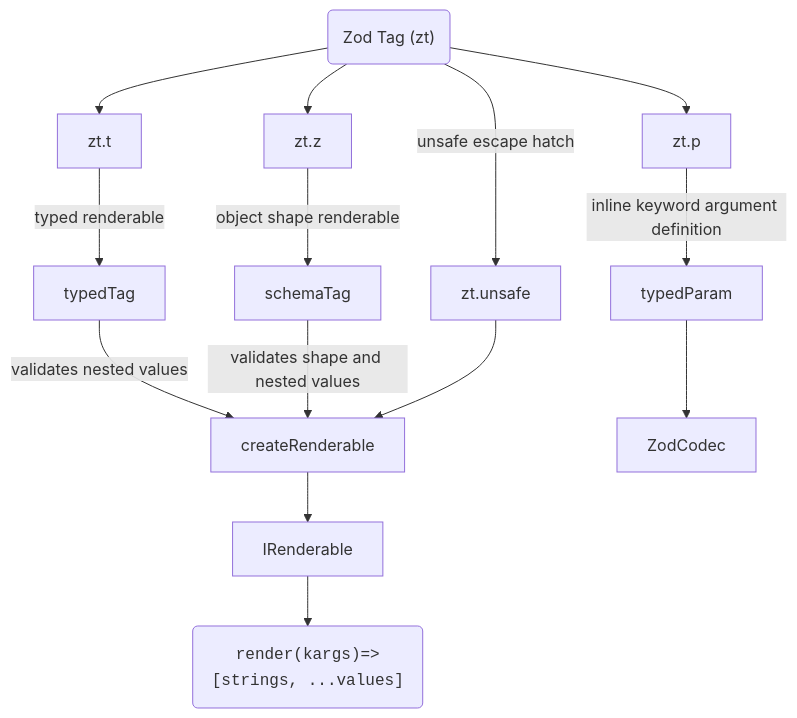
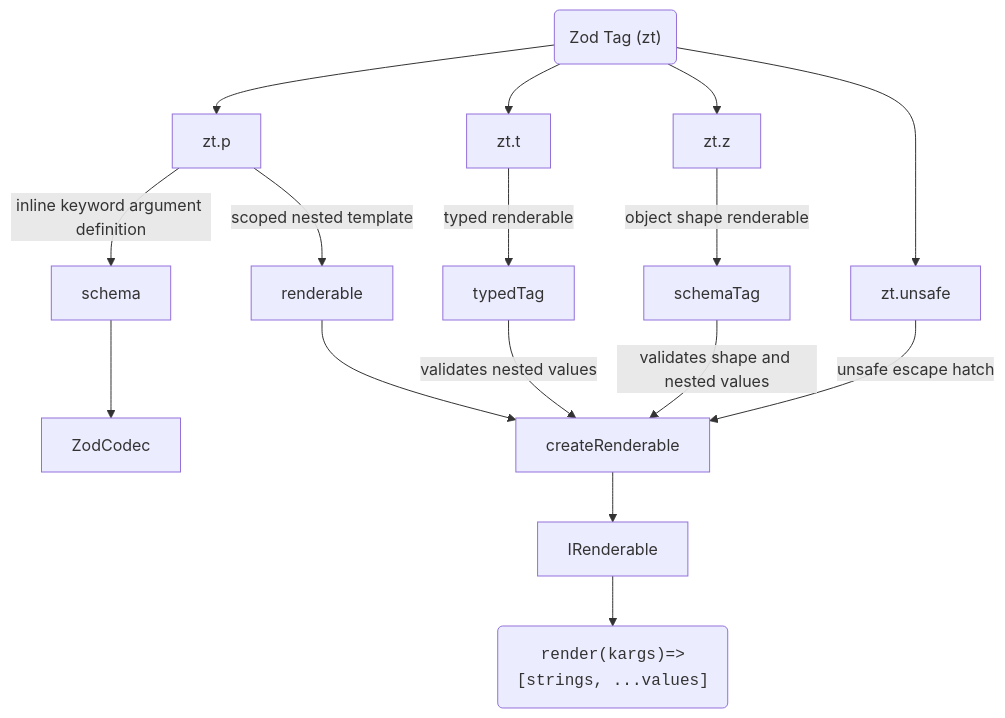
Before and after one commit to NicolasBerbel/zod-tag: the diagram in README.md, drawn with Mermaid. The commit also changed other lines of this file and 21 other files, not shown here.

````diff
--- a/README.md
+++ b/README.md
@@ -323,15 +323,16 @@
 ```mermaid
 graph
     zt("Zod Tag (zt)") --> zt.t
     zt --> zt.z
     zt --> zt.p
-    zt -- unsafe escape hatch -->  zt.unsafe
+    zt -->  zt.unsafe
 
+    zt.p -- inline keyword argument definition --> schema --> ZodCodec
+    zt.p -- scoped nested template --> renderable --> createRenderable
     zt.t -- typed renderable --> typedTag -- validates nested values --> createRenderable
     zt.z -- object shape renderable --> schemaTag -- validates shape and nested values --> createRenderable
-    zt.unsafe --> createRenderable
-    zt.p -- inline keyword argument definition --> typedParam --> ZodCodec
+    zt.unsafe  -- unsafe escape hatch --> createRenderable
 
     createRenderable --> IRenderable
     IRenderable --> render("<code>render(kargs)=>[strings, ...values]</code>")
 ```
````
